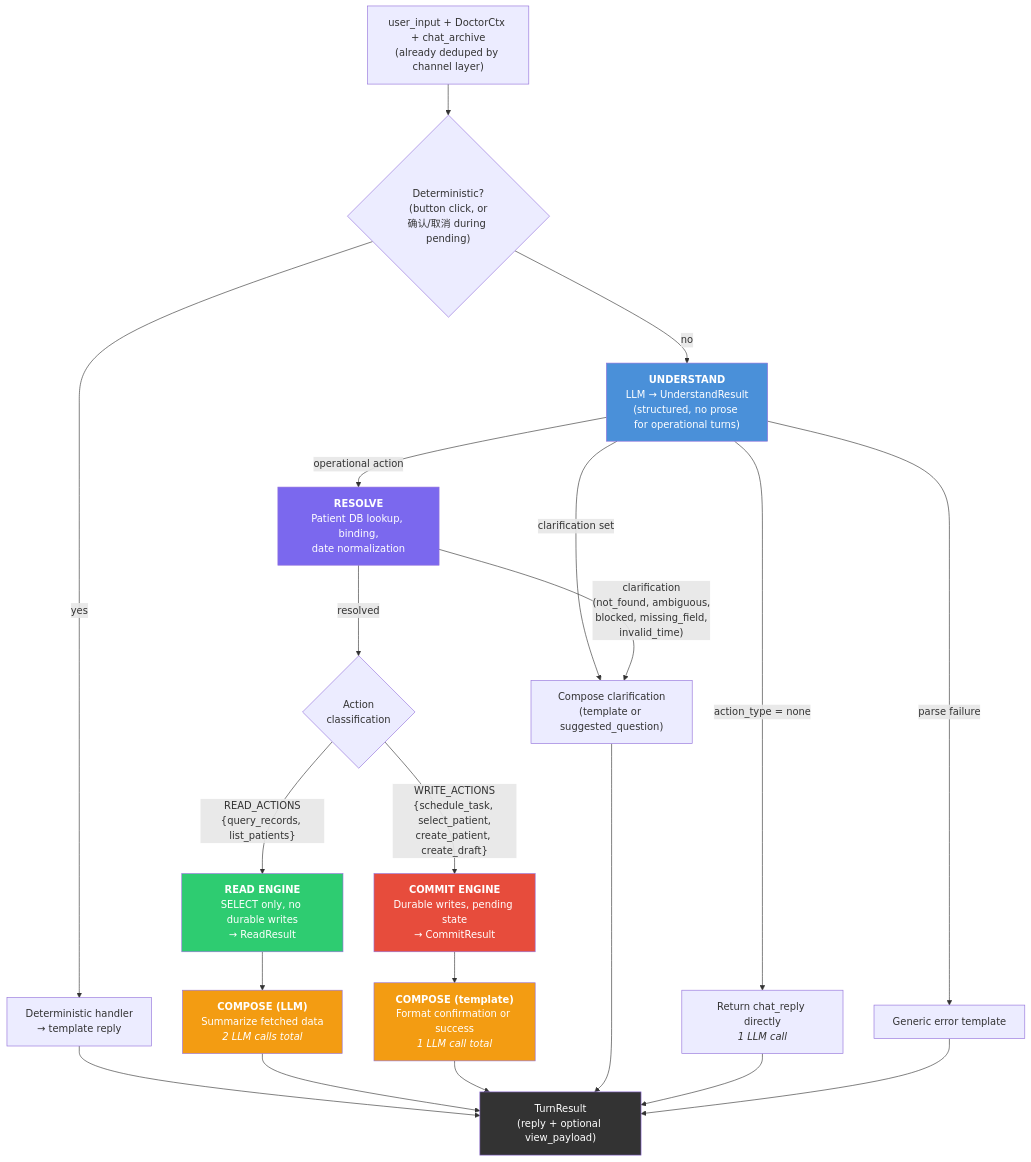
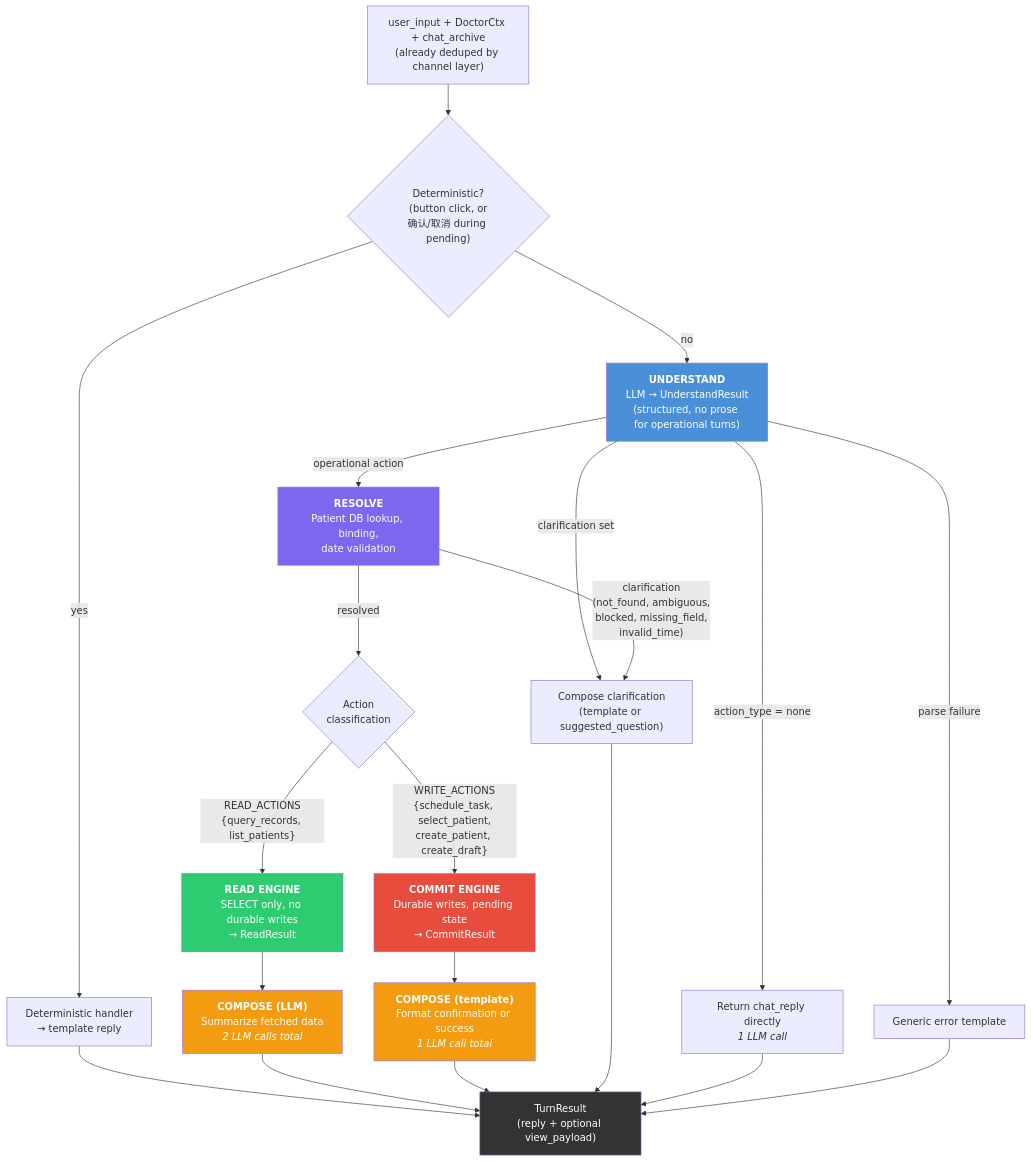
One commit to moments8890/doctor-ai-agent changed the first of 8 diagrams in docs/adr/0012-architecture-diagram.md. Above: the diagram before and after it, drawn with Mermaid. The commit also changed other lines of this file and 2 other files, not shown here.

First line of the commit message:
docs: LLM-based date normalization, full diagram sync pass

````diff
--- a/docs/adr/0012-architecture-diagram.md
+++ b/docs/adr/0012-architecture-diagram.md
@@ -8,52 +8,52 @@
 ```mermaid
 flowchart TD
     input["user_input + DoctorCtx + chat_archive<br/>(already deduped by channel layer)"]
 
     %% Pre-pipeline deterministic handler
     input --> det{"Deterministic?<br/>(button click, or<br/>确认/取消 during pending)"}
     det -->|yes| det_handler["Deterministic handler<br/>→ template reply"]
     det -->|no| understand
 
     %% Understand phase
     understand["<b>UNDERSTAND</b><br/>LLM → UnderstandResult<br/>(structured, no prose for operational turns)"]
 
     understand -->|"action_type = none"| direct_reply["Return chat_reply directly<br/><i>1 LLM call</i>"]
     understand -->|"clarification set"| clarify_compose["Compose clarification<br/>(template or suggested_question)"]
     understand -->|"parse failure"| error_template["Generic error template"]
     understand -->|"operational action"| resolve
 
     %% Execute phase - Resolve
-    resolve["<b>RESOLVE</b><br/>Patient DB lookup, binding,<br/>date normalization"]
+    resolve["<b>RESOLVE</b><br/>Patient DB lookup, binding,<br/>date validation"]
 
     resolve -->|"clarification<br/>(not_found, ambiguous,<br/>blocked, missing_field,<br/>invalid_time)"| clarify_compose
     resolve -->|"resolved"| dispatch{"Action<br/>classification"}
 
     dispatch -->|"READ_ACTIONS<br/>{query_records, list_patients}"| read_engine
     dispatch -->|"WRITE_ACTIONS<br/>{schedule_task, select_patient,<br/>create_patient, create_draft}"| commit_engine
 
     %% Read engine
     read_engine["<b>READ ENGINE</b><br/>SELECT only, no durable writes<br/>→ ReadResult"]
 
     %% Commit engine
     commit_engine["<b>COMMIT ENGINE</b><br/>Durable writes, pending state<br/>→ CommitResult"]
 
     %% Compose phase
     read_engine --> compose_llm["<b>COMPOSE (LLM)</b><br/>Summarize fetched data<br/><i>2 LLM calls total</i>"]
     commit_engine --> compose_template["<b>COMPOSE (template)</b><br/>Format confirmation or success<br/><i>1 LLM call total</i>"]
 
     det_handler --> turn_result["TurnResult<br/>(reply + optional view_payload)"]
     compose_llm --> turn_result
     compose_template --> turn_result
     clarify_compose --> turn_result
     direct_reply --> turn_result
     error_template --> turn_result
 
     %% Styling
     style understand fill:#4a90d9,color:#fff
     style resolve fill:#7b68ee,color:#fff
     style read_engine fill:#2ecc71,color:#fff
     style commit_engine fill:#e74c3c,color:#fff
     style compose_llm fill:#f39c12,color:#fff
     style compose_template fill:#f39c12,color:#fff
     style turn_result fill:#333,color:#fff
 ```
````
